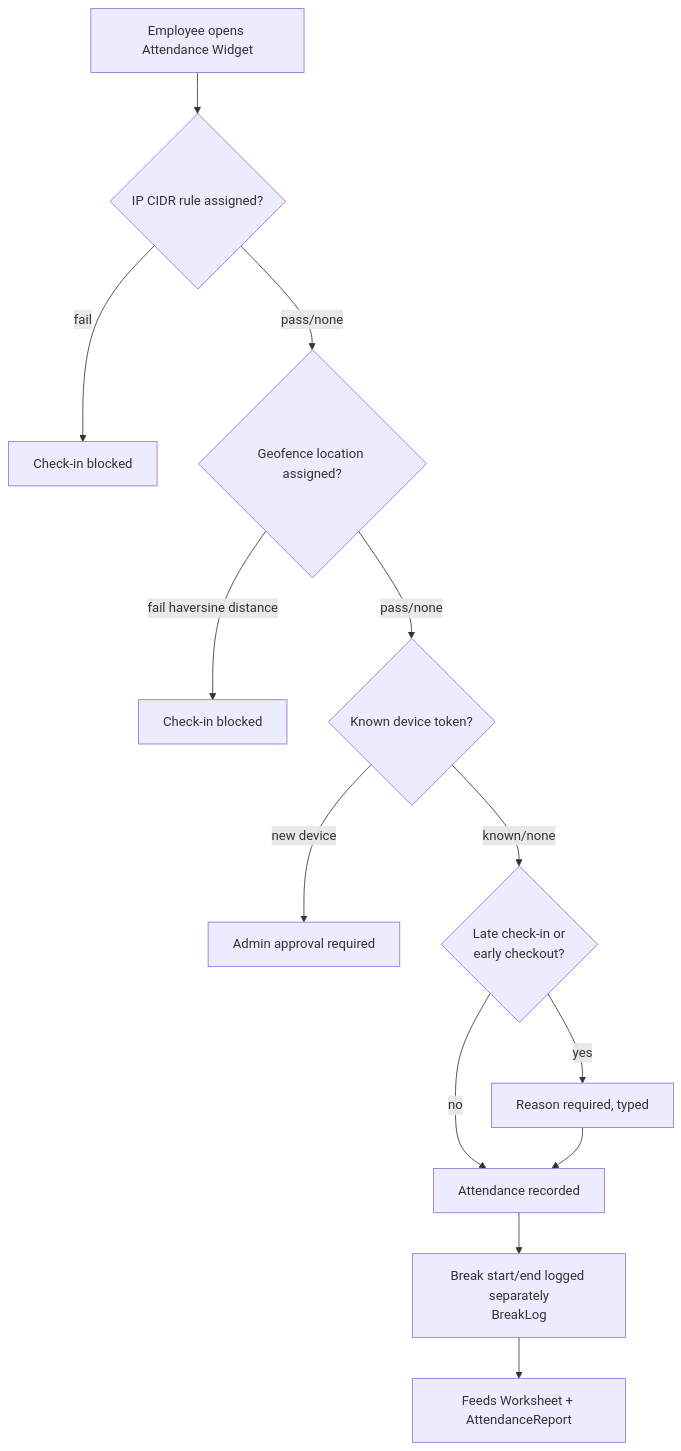
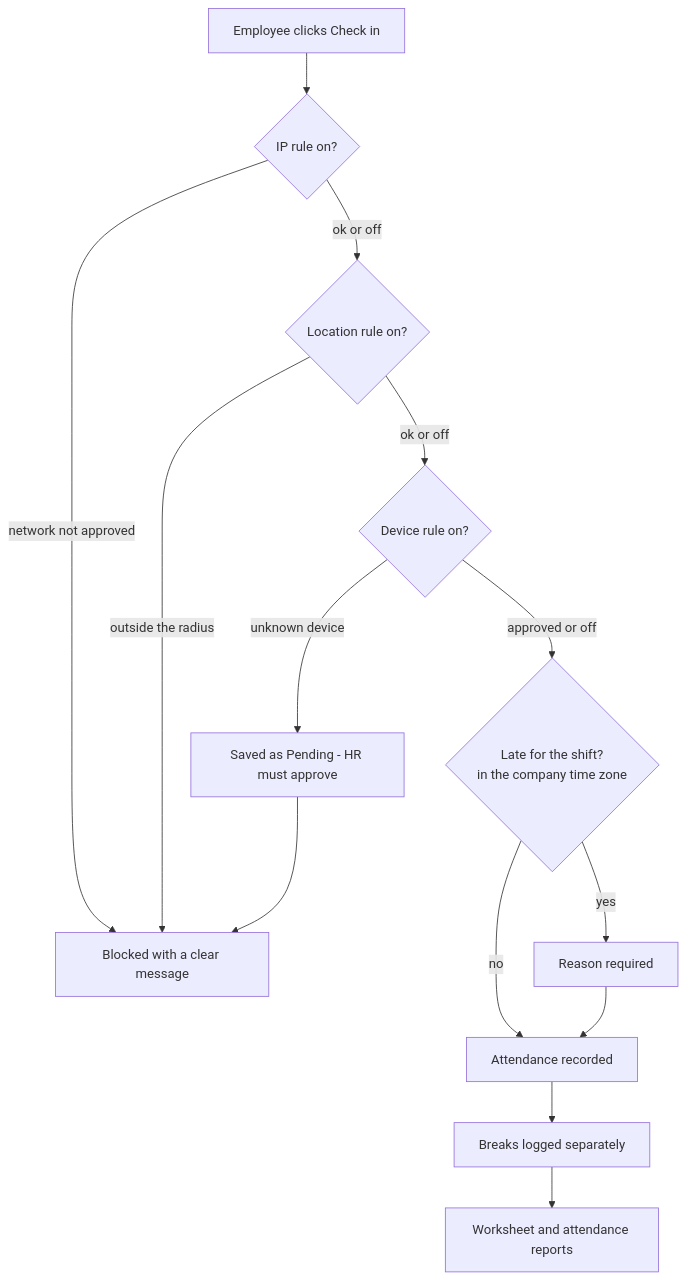
One commit to PrantaRoy/hrm_plus changed the fifth of 10 diagrams in docs/SYSTEM_WORKFLOW.md. Above: the diagram before and after it, drawn with Mermaid. The commit also changed other lines of this file and 15 other files, not shown here.

````diff
--- a/docs/SYSTEM_WORKFLOW.md
+++ b/docs/SYSTEM_WORKFLOW.md
@@ -120,15 +217,15 @@
 ```mermaid
 flowchart TD
-    A[Employee opens Attendance Widget] --> B{IP CIDR rule assigned?}
-    B -->|fail| Block1[Check-in blocked]
-    B -->|pass/none| C{Geofence location assigned?}
-    C -->|fail haversine distance| Block2[Check-in blocked]
-    C -->|pass/none| D{Known device token?}
-    D -->|new device| E[Admin approval required]
-    D -->|known/none| F{Late check-in or<br/>early checkout?}
-    F -->|yes| G[Reason required, typed]
-    F -->|no| H[Attendance recorded]
-    G --> H
-    H --> I[Break start/end logged separately<br/>BreakLog]
-    I --> J[Feeds Worksheet + AttendanceReport]
+    A[Employee clicks Check in] --> B{IP rule on?}
+    B -- network not approved --> X[Blocked with a clear message]
+    B -- ok or off --> C{Location rule on?}
+    C -- outside the radius --> X
+    C -- ok or off --> D{Device rule on?}
+    D -- unknown device --> P[Saved as Pending - HR must approve] --> X
+    D -- approved or off --> E{Late for the shift?<br/>in the company time zone}
+    E -- yes --> R[Reason required]
+    E -- no --> F[Attendance recorded]
+    R --> F
+    F --> G[Breaks logged separately]
+    G --> H[Worksheet and attendance reports]
 ```
````
